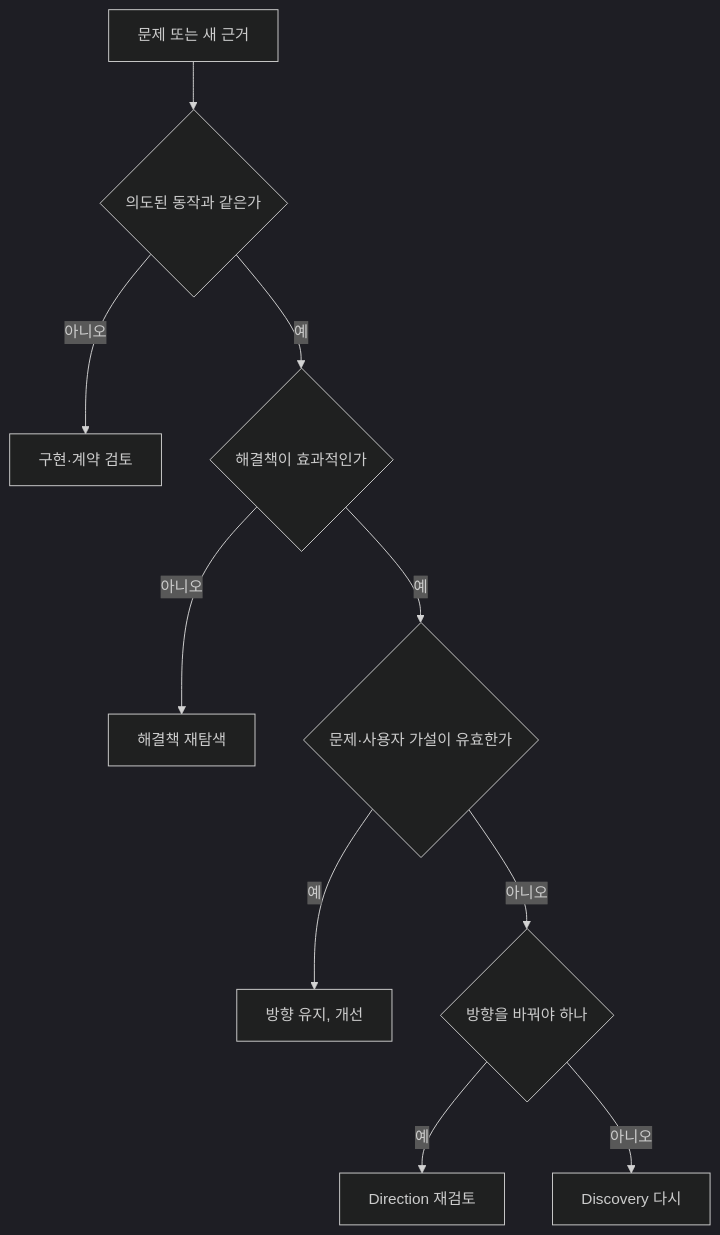
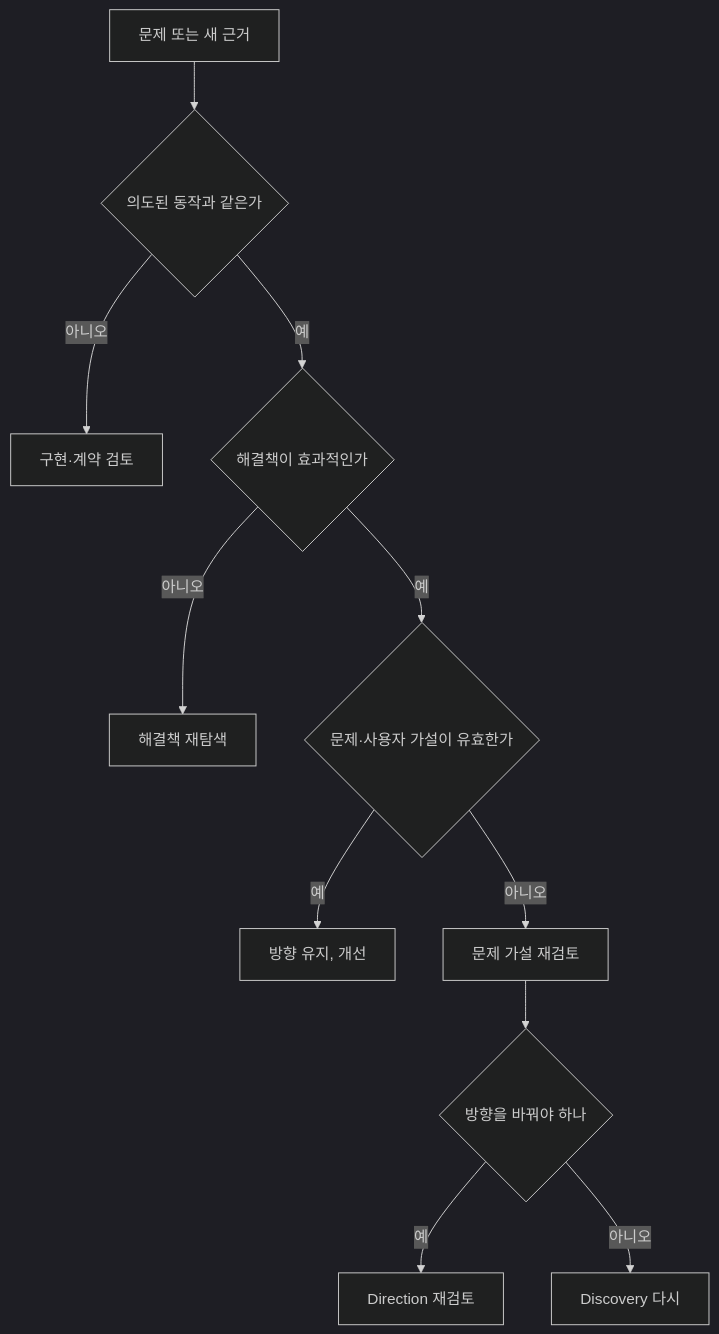
One commit to gagip/gagip-dev changed the second of 2 diagrams in plugins/product-d3/references/change-propagation.md. Above: the diagram before and after it, drawn with Mermaid (dark theme). The commit also changed 13 other files, not shown here.

````diff
--- a/plugins/product-d3/references/change-propagation.md
+++ b/plugins/product-d3/references/change-propagation.md
@@ -34,12 +34,13 @@
 ```mermaid
 flowchart TD
   A[문제 또는 새 근거] --> B{의도된 동작과 같은가}
   B -->|아니오| C[구현·계약 검토]
   B -->|예| D{해결책이 효과적인가}
   D -->|아니오| E[해결책 재탐색]
   D -->|예| F{문제·사용자 가설이 유효한가}
   F -->|예| G[방향 유지, 개선]
-  F -->|아니오| H{방향을 바꿔야 하나}
-  H -->|예| J[Direction 재검토]
-  H -->|아니오| K[Discovery 다시]
+  F -->|아니오| H[문제 가설 재검토]
+  H --> I{방향을 바꿔야 하나}
+  I -->|예| J[Direction 재검토]
+  I -->|아니오| K[Discovery 다시]
 ```
````
